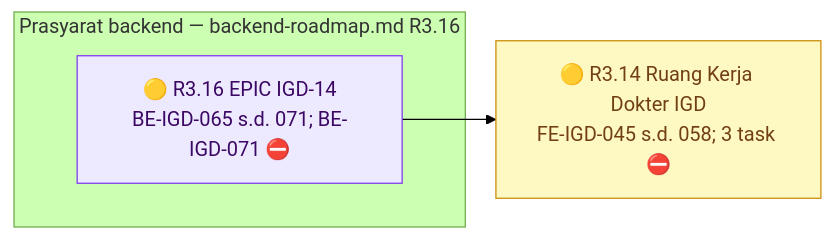
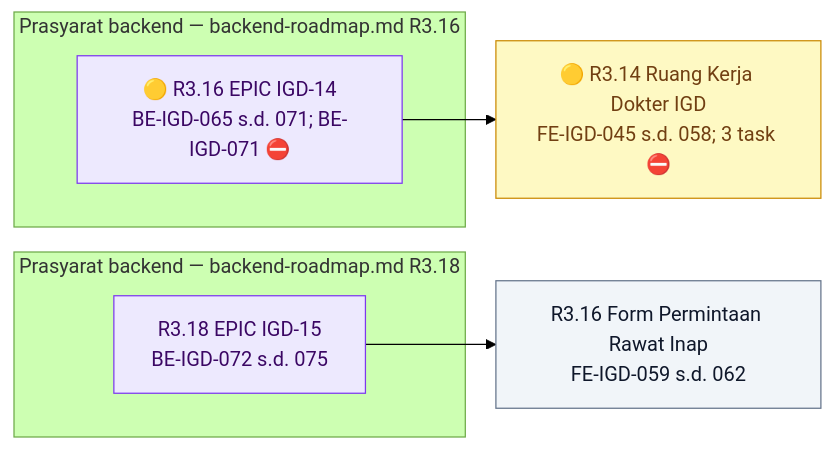
Before and after one commit to DevBenari/NewQuilvianSystemBackend: the second of 19 diagrams in docs/module-blueprints/igd/roadmap/frontend-roadmap.md, drawn with Mermaid (forest theme). The commit also changed other lines of this file and 61 other files, not shown here.

````diff
--- a/docs/module-blueprints/igd/roadmap/frontend-roadmap.md
+++ b/docs/module-blueprints/igd/roadmap/frontend-roadmap.md
@@ -149,16 +149,23 @@
 ```mermaid
 flowchart LR
     classDef selesai fill:#DCFCE7,stroke:#16A34A,color:#14532D
     classDef sebagian fill:#FEF9C3,stroke:#CA8A04,color:#713F12
     classDef terblokir fill:#FEE2E2,stroke:#DC2626,color:#7F1D1D
     classDef belum fill:#F1F5F9,stroke:#64748B,color:#0F172A
     classDef luar fill:#EDE9FE,stroke:#7C3AED,color:#3B0764
 
     subgraph backendB["Prasyarat backend — backend-roadmap.md R3.16"]
         BR316["🟡 R3.16 EPIC IGD-14<br/>BE-IGD-065 s.d. 071; BE-IGD-071 ⛔"]:::luar
     end
 
     FDOKTER["🟡 R3.14 Ruang Kerja Dokter IGD<br/>FE-IGD-045 s.d. 058; 3 task ⛔"]:::sebagian
 
+    subgraph backendC["Prasyarat backend — backend-roadmap.md R3.18"]
+        BR318["R3.18 EPIC IGD-15<br/>BE-IGD-072 s.d. 075"]:::luar
+    end
+
+    FFORM["R3.16 Form Permintaan Rawat Inap<br/>FE-IGD-059 s.d. 062"]:::belum
+
     BR316 --> FDOKTER
+    BR318 --> FFORM
 ```
````
